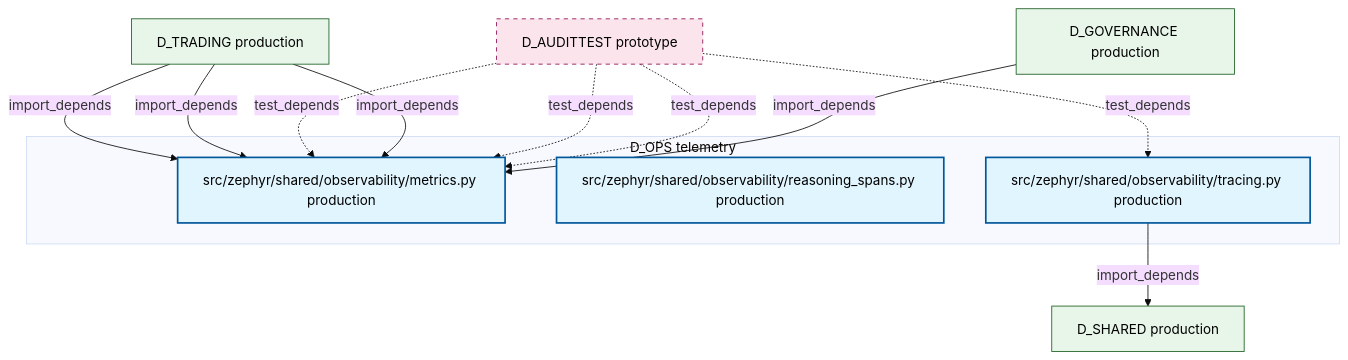
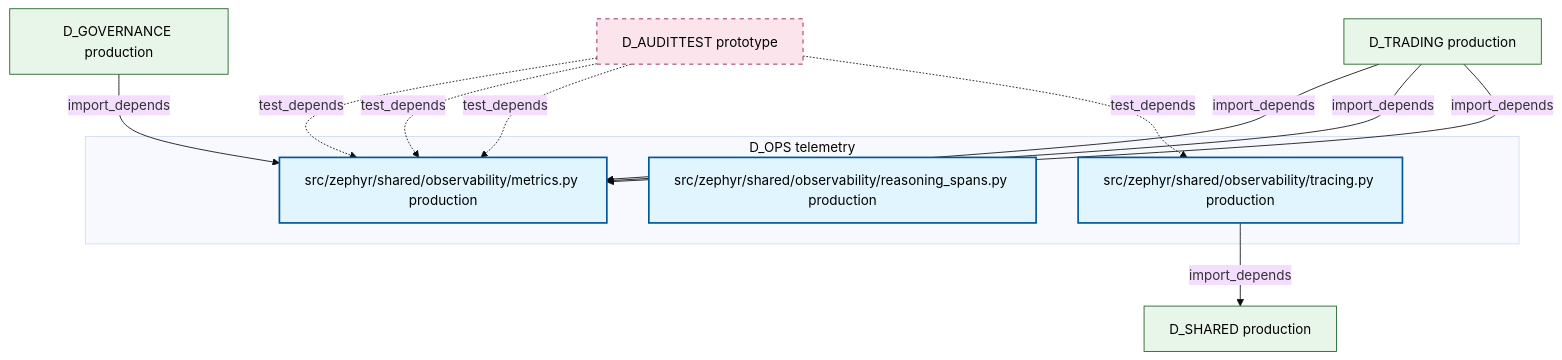
One commit to xuanFelixVan/ZephyrAlpha changed the diagram in docs/02_enterprise_architecture/02_domain_architecture_docs/15_d_ops.md. Above: the diagram before and after it, drawn with Mermaid (base theme). The commit also changed other lines of this file and 99 other files, not shown here.

````diff
--- a/docs/02_enterprise_architecture/02_domain_architecture_docs/15_d_ops.md
+++ b/docs/02_enterprise_architecture/02_domain_architecture_docs/15_d_ops.md
@@ -47,28 +47,28 @@
 ```mermaid
 graph TD
     subgraph D_OPS["D_OPS telemetry"]
         src_zephyr_shared_observability_metrics_py["src/zephyr/shared/observability/metrics.py production"]
         src_zephyr_shared_observability_reasoning_spans_py["src/zephyr/shared/observability/reasoning_spans.py production"]
         src_zephyr_shared_observability_tracing_py["src/zephyr/shared/observability/tracing.py production"]
     end
     D_SHARED["D_SHARED production"]
     src_zephyr_shared_observability_tracing_py -->|import_depends| D_SHARED
+    D_AUDITTEST["D_AUDITTEST prototype"]
+    D_AUDITTEST -.->|test_depends| src_zephyr_shared_observability_metrics_py
     D_GOVERNANCE["D_GOVERNANCE production"]
     D_GOVERNANCE -->|import_depends| src_zephyr_shared_observability_metrics_py
-    D_AUDITTEST["D_AUDITTEST prototype"]
-    D_AUDITTEST -.->|test_depends| src_zephyr_shared_observability_metrics_py
     D_AUDITTEST -.->|test_depends| src_zephyr_shared_observability_metrics_py
     D_TRADING["D_TRADING production"]
     D_TRADING -->|import_depends| src_zephyr_shared_observability_metrics_py
     D_AUDITTEST -.->|test_depends| src_zephyr_shared_observability_metrics_py
     D_TRADING -->|import_depends| src_zephyr_shared_observability_metrics_py
     D_TRADING -->|import_depends| src_zephyr_shared_observability_metrics_py
     D_AUDITTEST -.->|test_depends| src_zephyr_shared_observability_tracing_py
     classDef production fill:#e1f5fe,stroke:#01579b,stroke-width:2px,color:#000
     classDef design fill:#fff3e0,stroke:#e65100,stroke-width:2px,color:#000,stroke-dasharray: 5 5
     classDef external_prod fill:#e8f5e9,stroke:#1b5e20,stroke-width:1px,color:#000
     classDef external_design fill:#fce4ec,stroke:#880e4f,stroke-width:1px,color:#000,stroke-dasharray: 5 5
     class src_zephyr_shared_observability_metrics_py,src_zephyr_shared_observability_reasoning_spans_py,src_zephyr_shared_observability_tracing_py production
     class D_SHARED,D_GOVERNANCE,D_TRADING external_prod
     class D_AUDITTEST external_design
 ```
````
